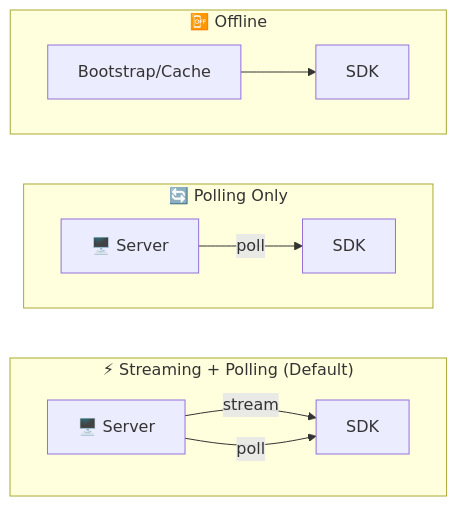
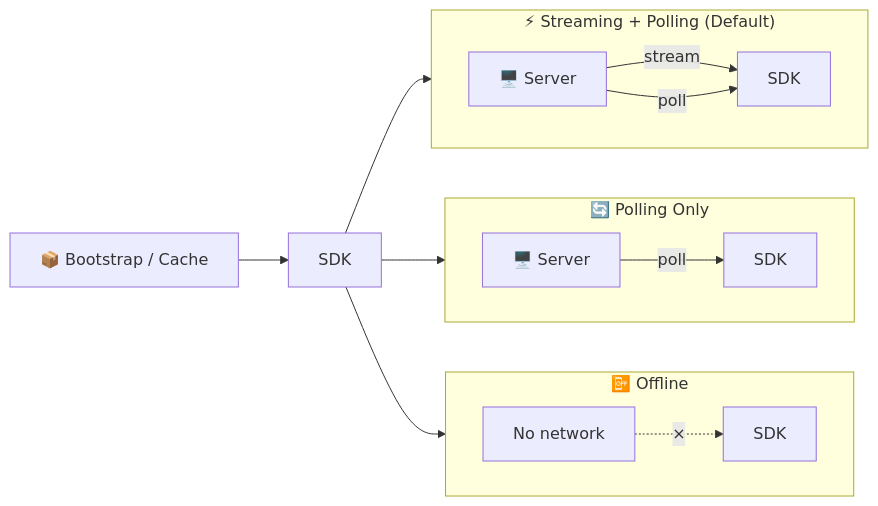
Before and after one commit to maxidea1024/gatrix: diagram 11 of 12 in packages/sdks/client-sdks/gatrix-unity-sdk/README.md, drawn with Mermaid. The commit also changed other lines of this file and 12 other files, not shown here.

Commit message:
refactor(unity): replace flag timeline with line chart, compact current values

````diff
--- a/packages/sdks/client-sdks/gatrix-unity-sdk/README.md
+++ b/packages/sdks/client-sdks/gatrix-unity-sdk/README.md
@@ -1289,18 +1290,22 @@
 ```mermaid
 flowchart LR
+    INIT["📦 Bootstrap / Cache"] --> SDK["SDK"]
+
     subgraph M1 ["⚡ Streaming + Polling (Default)"]
         direction LR
         A1["🖥️ Server"] -->|stream| B1["SDK"]
         A1 -->|poll| B1
     end
 
     subgraph M2 ["🔄 Polling Only"]
         direction LR
         A2["🖥️ Server"] -->|poll| B2["SDK"]
     end
 
     subgraph M3 ["📴 Offline"]
         direction LR
-        A3["Bootstrap/Cache"] --> B3["SDK"]
+        A3["No network"] -.->|"×"| B3["SDK"]
     end
+
+    SDK --> M1 & M2 & M3
 ```
````
